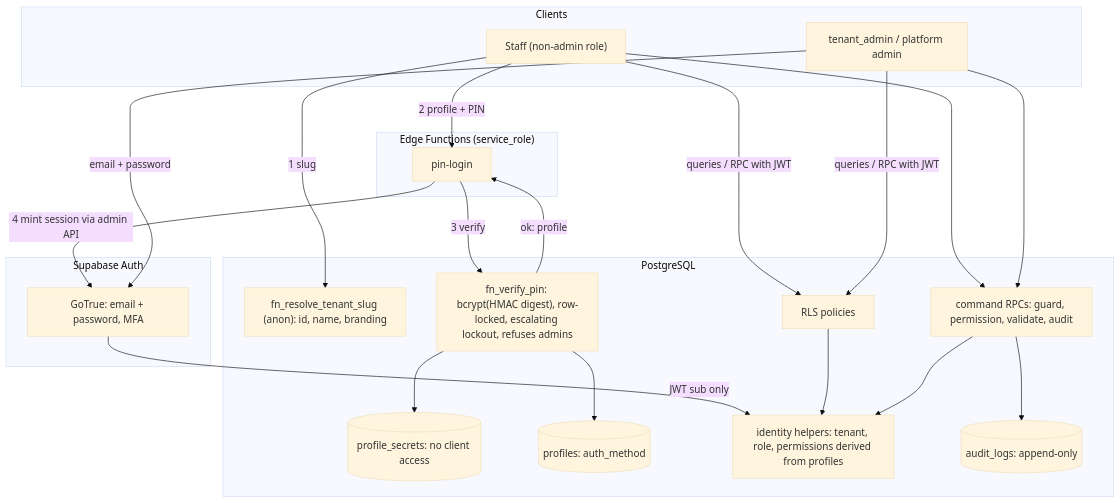
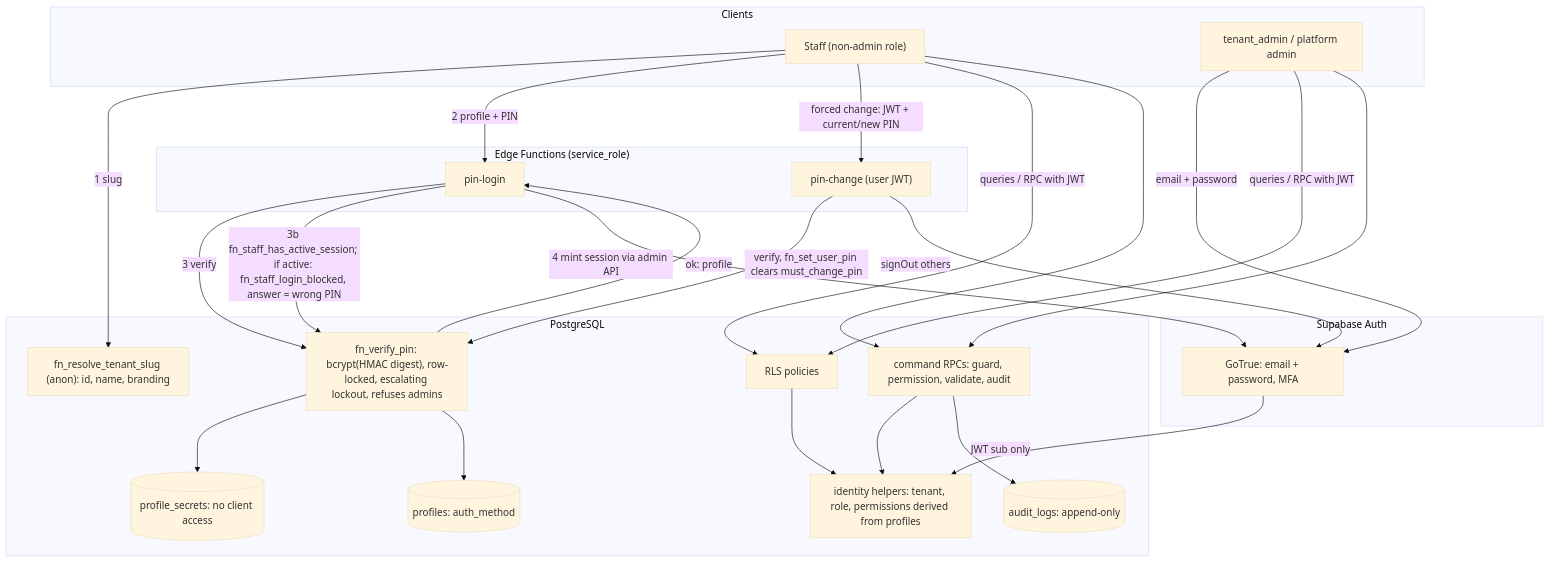
Before and after one commit to eskabdi/cafe-os: the second of 3 diagrams in docs/architecture/dfd.md, drawn with Mermaid (base theme). The commit also changed other lines of this file and 19 other files, not shown here.

First line of the commit message:
Single-session rule: block concurrent PIN login, notify user + tenant admins, force PIN change (pin-change fn)

````diff
--- a/docs/architecture/dfd.md
+++ b/docs/architecture/dfd.md
@@ -27,39 +27,44 @@
 ```mermaid
 flowchart TD
     subgraph Clients
         A["Staff (non-admin role)"]
         B["tenant_admin / platform admin"]
     end
     subgraph Edge["Edge Functions (service_role)"]
         P["pin-login"]
+        PC["pin-change (user JWT)"]
     end
     subgraph Auth["Supabase Auth"]
         GT["GoTrue: email + password, MFA"]
     end
     subgraph DB["PostgreSQL"]
         R["fn_resolve_tenant_slug (anon): id, name, branding"]
         V["fn_verify_pin: bcrypt(HMAC digest), row-locked, escalating lockout, refuses admins"]
         S[("profile_secrets: no client access")]
         PR[("profiles: auth_method")]
         H["identity helpers: tenant, role, permissions derived from profiles"]
         RLS["RLS policies"]
         RPC["command RPCs: guard, permission, validate, audit"]
         AU[("audit_logs: append-only")]
     end
     A -->|1 slug| R
     A -->|2 profile + PIN| P
     P -->|3 verify| V
     V --> S
     V --> PR
     V -->|ok: profile| P
+    P -->|3b fn_staff_has_active_session; if active: fn_staff_login_blocked, answer = wrong PIN| V
     P -->|4 mint session via admin API| GT
+    A -->|forced change: JWT + current/new PIN| PC
+    PC -->|verify, fn_set_user_pin clears must_change_pin| V
+    PC -->|signOut others| GT
     B -->|email + password| GT
     GT -->|JWT sub only| H
     A -->|queries / RPC with JWT| RLS
     B -->|queries / RPC with JWT| RLS
     RLS --> H
     A --> RPC
     B --> RPC
     RPC --> H
     RPC --> AU
 ```
````
